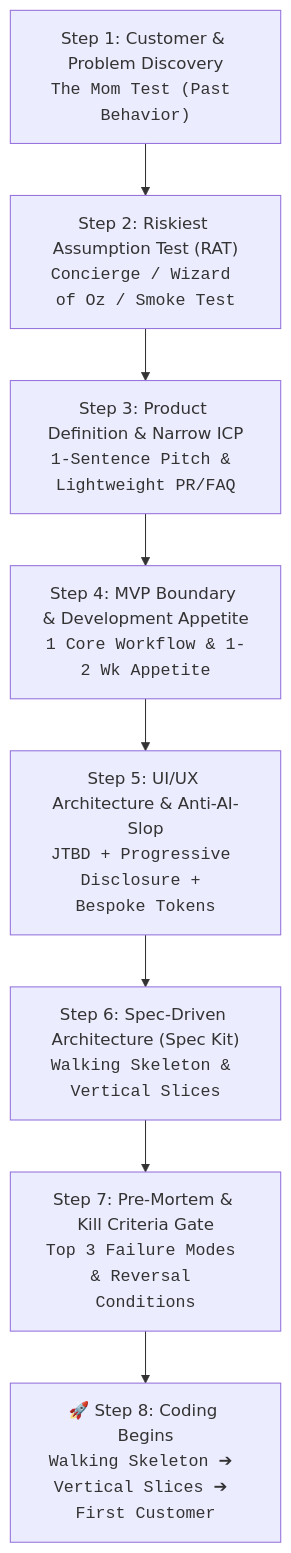
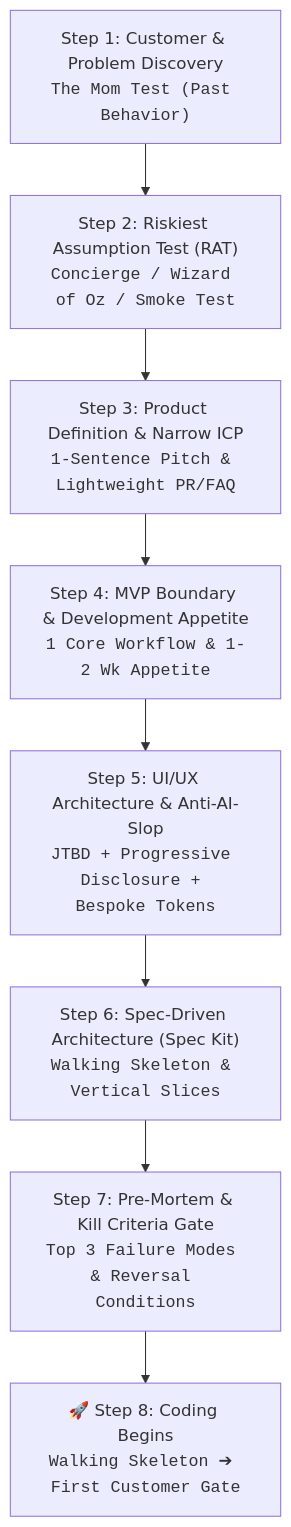
The second of 2 diagrams in skills/microsaas-hub/SKILL.md (aroucadi/microsaas-os), drawn with Mermaid before and after one commit. The commit also changed other lines of this file and 5 other files, not shown here.

````diff
--- a/skills/microsaas-hub/SKILL.md
+++ b/skills/microsaas-hub/SKILL.md
@@ -36,10 +118,10 @@
 ```mermaid
 flowchart TD
     S1["Step 1: Customer & Problem Discovery<br/><code>The Mom Test (Past Behavior)</code>"] --> S2["Step 2: Riskiest Assumption Test (RAT)<br/><code>Concierge / Wizard of Oz / Smoke Test</code>"]
     S2 --> S3["Step 3: Product Definition & Narrow ICP<br/><code>1-Sentence Pitch & Lightweight PR/FAQ</code>"]
     S3 --> S4["Step 4: MVP Boundary & Development Appetite<br/><code>1 Core Workflow & 1-2 Wk Appetite</code>"]
     S4 --> S5["Step 5: UI/UX Architecture & Anti-AI-Slop<br/><code>JTBD + Progressive Disclosure + Bespoke Tokens</code>"]
     S5 --> S6["Step 6: Spec-Driven Architecture (Spec Kit)<br/><code>Walking Skeleton & Vertical Slices</code>"]
     S6 --> S7["Step 7: Pre-Mortem & Kill Criteria Gate<br/><code>Top 3 Failure Modes & Reversal Conditions</code>"]
-    S7 --> S8["🚀 Step 8: Coding Begins<br/><code>Walking Skeleton ➔ Vertical Slices ➔ First Customer</code>"]
+    S7 --> S8["🚀 Step 8: Coding Begins<br/><code>Walking Skeleton ➔ First Customer Gate</code>"]
 ```
````
